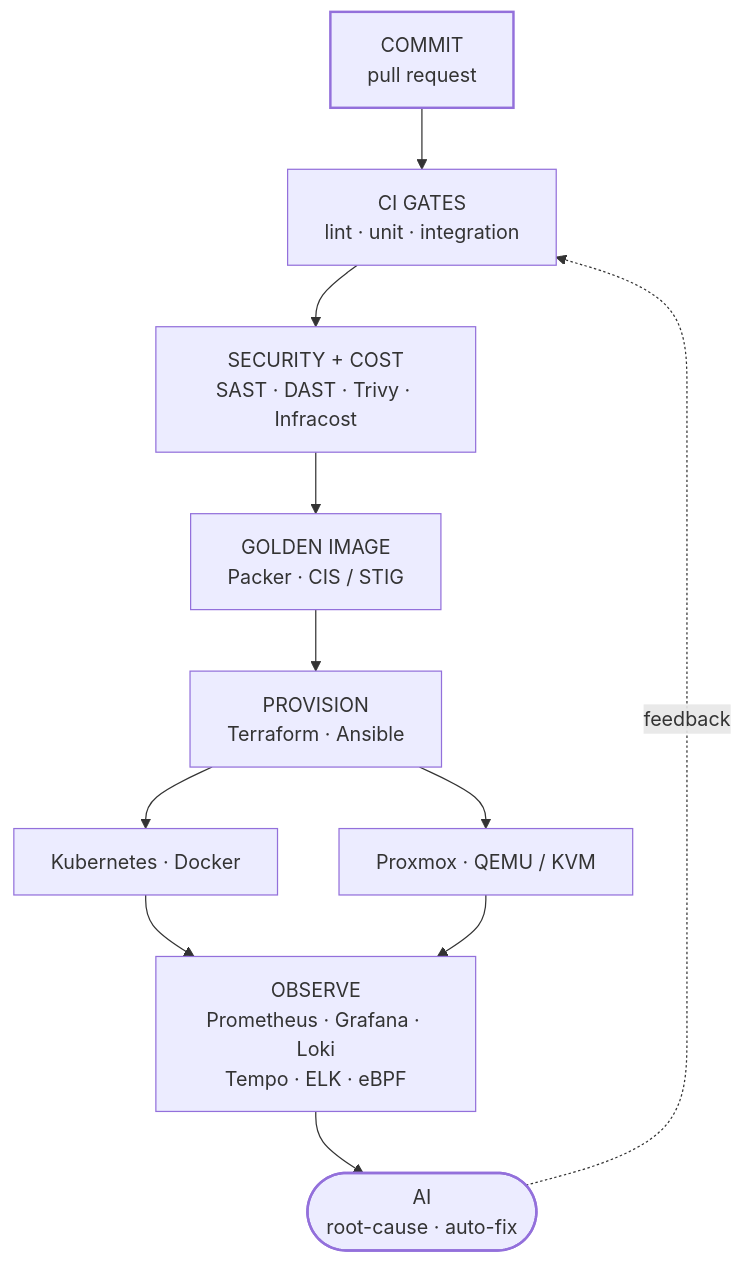
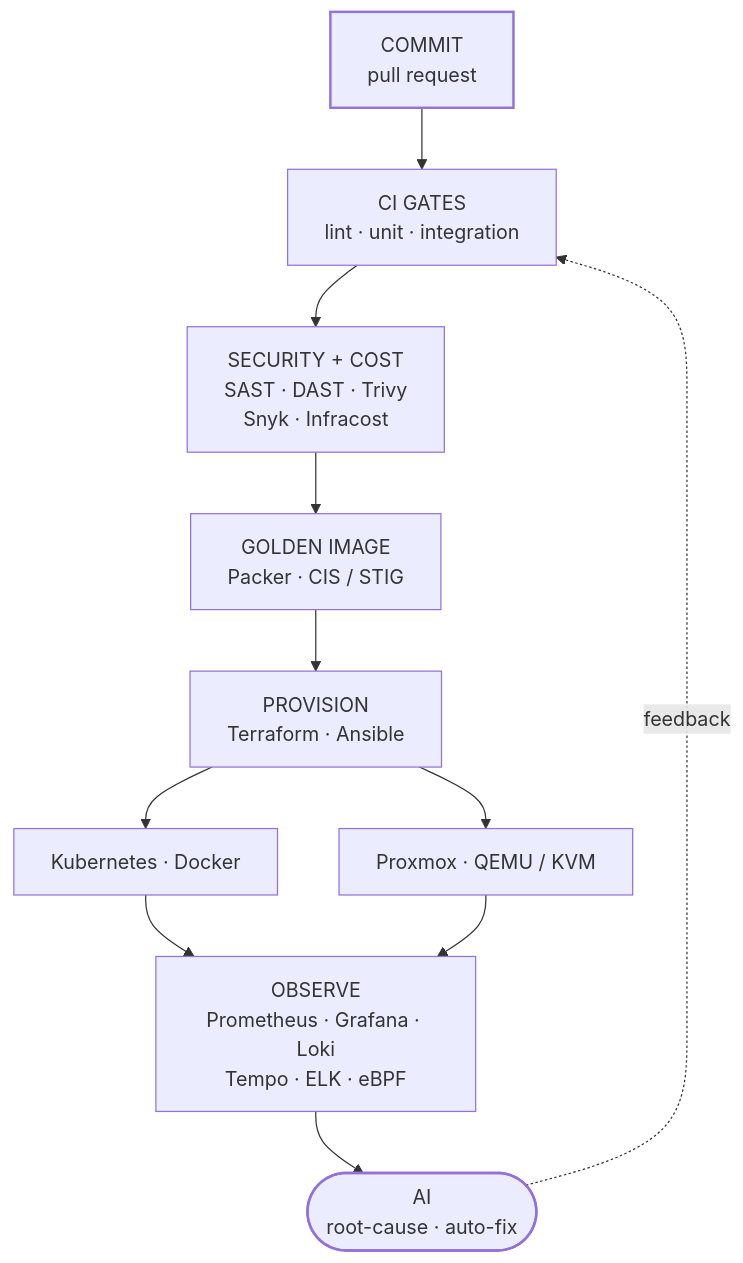
The diagram in README.md (umars28/umars28), drawn with Mermaid before and after one commit.

Commit message:
Wrap security gate label onto three lines so Infracost is not clipped

````diff
--- a/README.md
+++ b/README.md
@@ -35,23 +35,23 @@
 ```mermaid
 flowchart TB
     A["COMMIT<br/>pull request"]
     B["CI GATES<br/>lint · unit · integration"]
-    C["SECURITY + COST<br/>SAST · DAST · Trivy · Infracost"]
+    C["SECURITY + COST<br/>SAST · DAST · Trivy<br/>Snyk · Infracost"]
     D["GOLDEN IMAGE<br/>Packer · CIS / STIG"]
     E["PROVISION<br/>Terraform · Ansible"]
     F["Kubernetes · Docker"]
     G["Proxmox · QEMU / KVM"]
     H["OBSERVE<br/>Prometheus · Grafana · Loki<br/>Tempo · ELK · eBPF"]
     I(["AI<br/>root-cause · auto-fix"])
 
     A --> B --> C --> D --> E
     E --> F
     E --> G
     F --> H
     G --> H
     H --> I
     I -.->|feedback| B
 
     classDef edge stroke-width:2px
     class A,I edge
 ```
````
